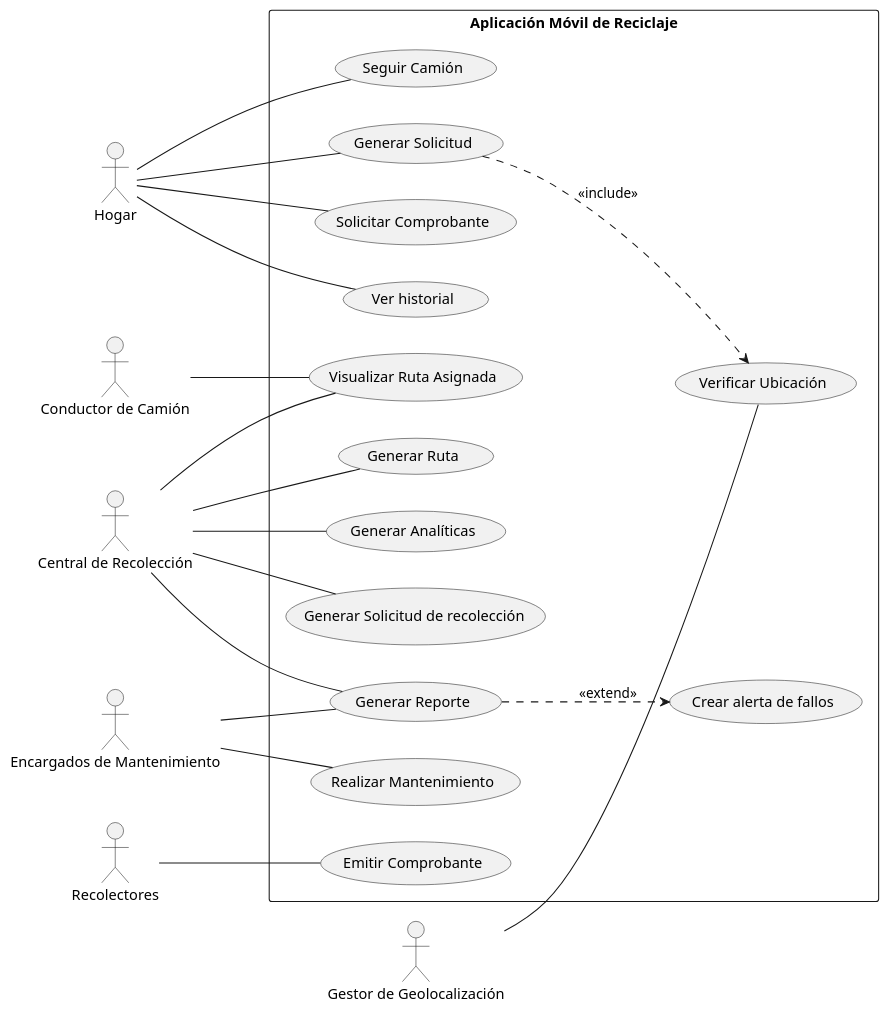
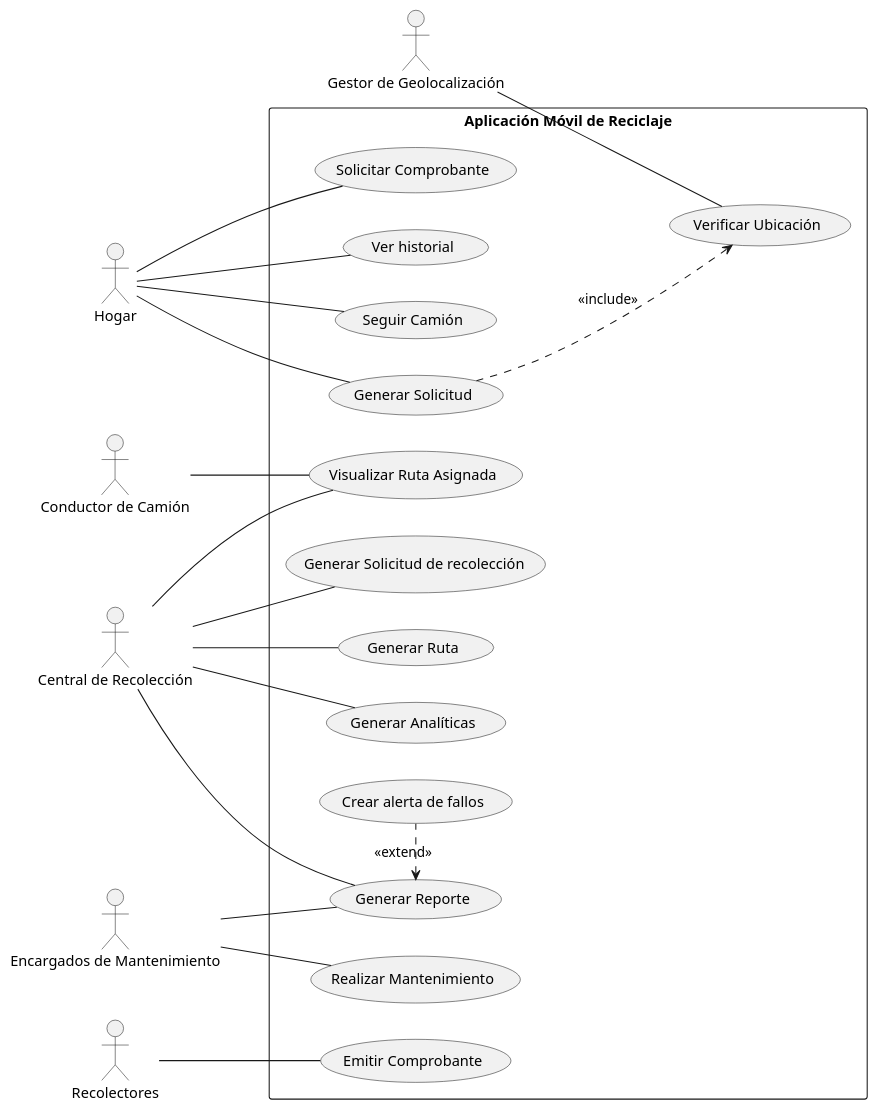
One commit to diss17/proyecto_is1 changed the diagram in 03_ayudantia/DiagramaCasosDeUso.puml. Above: the diagram before and after it, drawn with PlantUML. The commit also changed 1 other file, not shown here.

Commit message:
corrección extend(entrega 1)

```diff
--- a/03_ayudantia/DiagramaCasosDeUso.puml
+++ b/03_ayudantia/DiagramaCasosDeUso.puml
@@ -1,73 +1,73 @@
 @startuml DiagramaCasosDeUso
 ' Título del Diagrama
 skinparam titleAlignment center
 
 ' Dirección principal del flujo
 left to right direction
 
 ' --- Actores ---
 actor "Hogar" as hogar
 actor "Conductor de Camión" as conductor
 actor "Gestor de Geolocalización" as gps
 actor "Central de Recolección" as central
 actor "Recolectores" as recolectores
 actor "Encargados de Mantenimiento" as mantenimiento
 
 ' --- Contenedor del Sistema ---
 rectangle "Aplicación Móvil de Reciclaje" {
 
   ' -- Casos de Uso Hogar --
   usecase "Generar Solicitud" as UC1
   usecase "Solicitar Comprobante" as UC2
   usecase "Ver historial" as UC3
   
   ' CAMBIO: Caso específico para el Hogar (RF5)
   usecase "Seguir Camión" as UC_Seguimiento 
 
   ' -- Servicio Externo --
   usecase "Verificar Ubicación" as UC5
 
   ' -- Casos de Uso Central / Operaciones --
   usecase "Generar Analíticas" as UC6
   usecase "Generar Solicitud de recolección" as UC7
   usecase "Generar Ruta" as UC8
   
   ' CAMBIO: Caso específico para Conductor/Central (RF4)
   usecase "Visualizar Ruta Asignada" as UC_VisualizarRuta 
 
   usecase "Generar Reporte" as UC9
   usecase "Crear alerta de fallos" as UC10
   
   ' -- Casos de Uso Recolectores/Mantenimiento --
   usecase "Emitir Comprobante" as UC11
   usecase "Realizar Mantenimiento" as UC12
 } 
 
 ' --- Relaciones de Actores ---
 ' Hogar
 hogar -- UC1
 hogar -- UC2
 hogar -- UC3
 hogar -- UC_Seguimiento
 
 ' Conductor
 conductor -- UC_VisualizarRuta
 
 ' Central 
 central -- UC6
 central -- UC7
 central -- UC8
 central -- UC_VisualizarRuta
 central -- UC9
 
 ' Otros Actores
 gps -- UC5
 recolectores -- UC11
 mantenimiento -- UC9
 mantenimiento -- UC12
 
 ' --- Relaciones Internas (Include/Extend) ---
 UC1 ..> UC5 : <<include>>
-UC9 ..> UC10 : <<extend>>
+UC9 <. UC10 : <<extend>>
 
 @enduml
```
